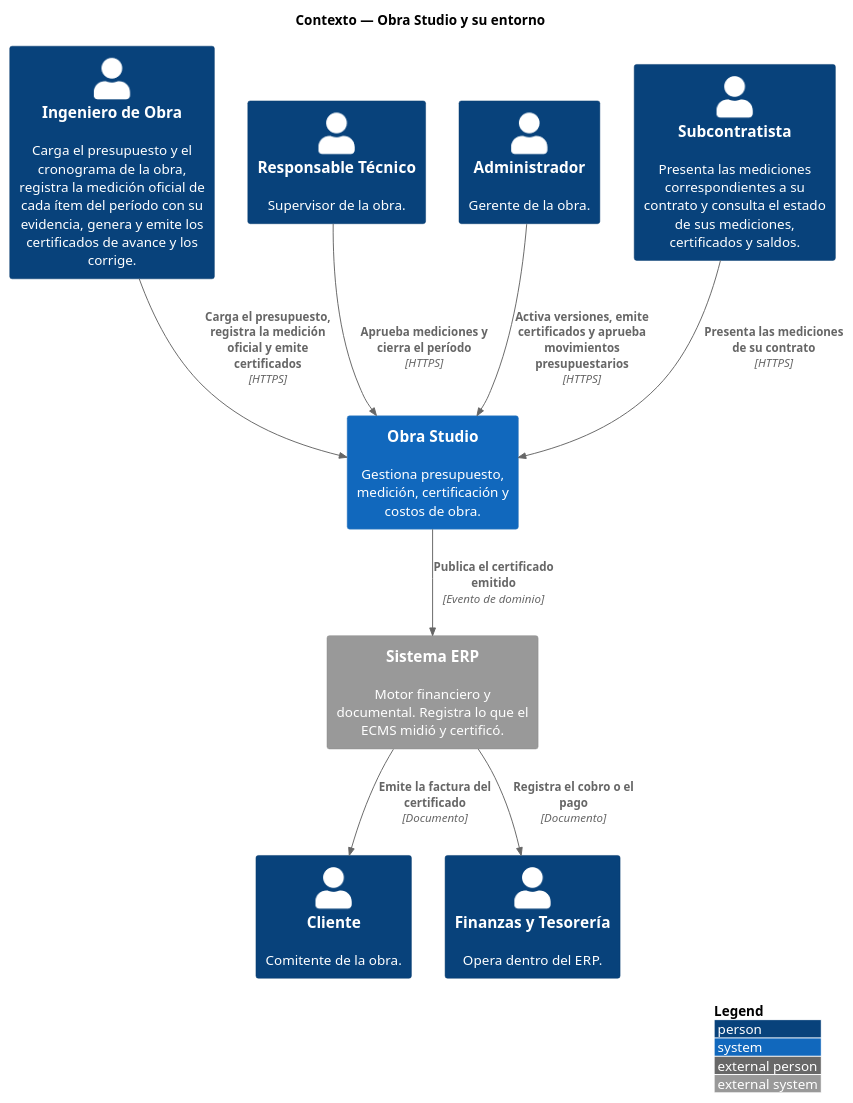
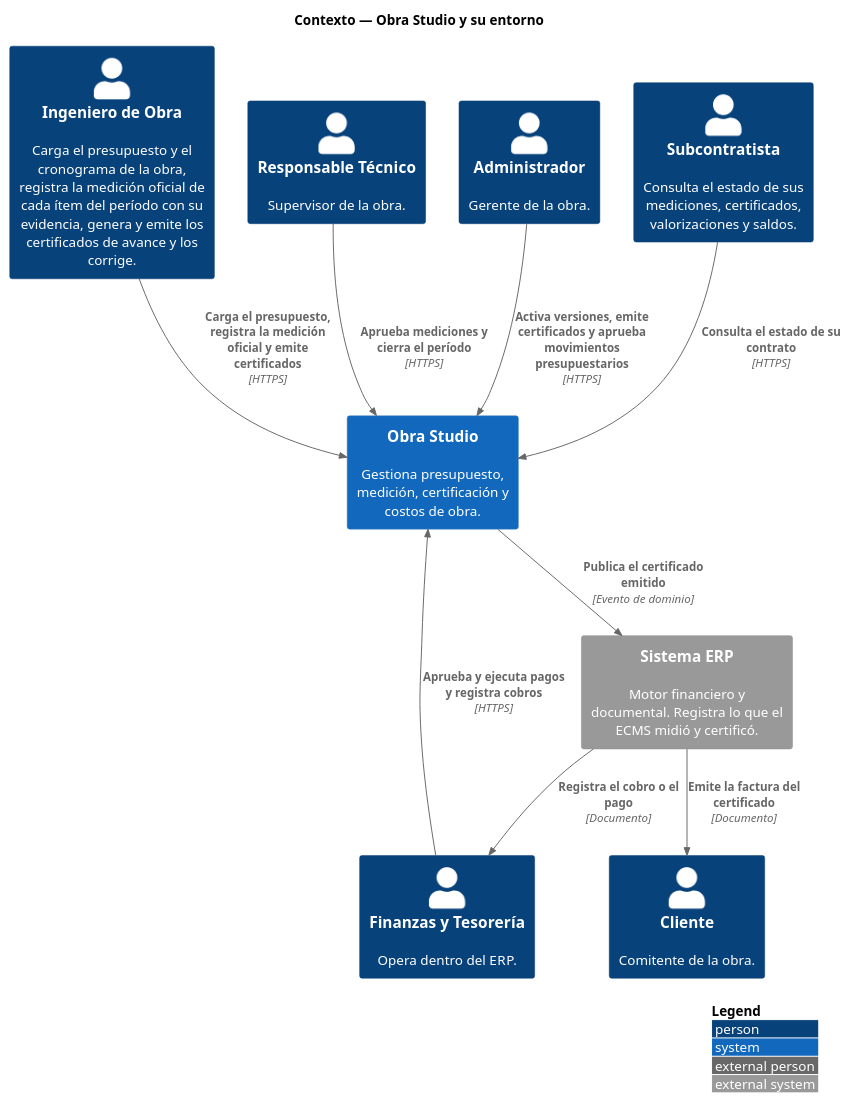
Before and after one commit to Ssrrb/TPF-teoria: the diagram in modelo/c4/C4-Contexto.puml, drawn with PlantUML. The commit also changed 248 other files, not shown here.

```diff
--- a/modelo/c4/C4-Contexto.puml
+++ b/modelo/c4/C4-Contexto.puml
@@ -1,23 +1,24 @@
 @startuml
 !include <C4/C4_Context>
 LAYOUT_WITH_LEGEND()
 title Contexto — Obra Studio y su entorno
 
 Person(ING, "Ingeniero de Obra", "Carga el presupuesto y el cronograma de la obra, registra la medición oficial de cada ítem del período con su evidencia, genera y emite los certificados de avance y los corrige.")
 Person(SUP, "Responsable Técnico", "Supervisor de la obra.")
 Person(ADM, "Administrador", "Gerente de la obra.")
-Person(SUB, "Subcontratista", "Presenta las mediciones correspondientes a su contrato y consulta el estado de sus mediciones, certificados y saldos.")
+Person(SUB, "Subcontratista", "Consulta el estado de sus mediciones, certificados, valorizaciones y saldos.")
 Person(CLI, "Cliente", "Comitente de la obra.")
 Person(TES, "Finanzas y Tesorería", "Opera dentro del ERP.")
 
 System(obra, "Obra Studio", "Gestiona presupuesto, medición, certificación y costos de obra.")
 System_Ext(erp, "Sistema ERP", "Motor financiero y documental. Registra lo que el ECMS midió y certificó.")
 
 Rel(ING, obra, "Carga el presupuesto, registra la medición oficial y emite certificados", "HTTPS")
 Rel(SUP, obra, "Aprueba mediciones y cierra el período", "HTTPS")
 Rel(ADM, obra, "Activa versiones, emite certificados y aprueba movimientos presupuestarios", "HTTPS")
-Rel(SUB, obra, "Presenta las mediciones de su contrato", "HTTPS")
+Rel(SUB, obra, "Consulta el estado de su contrato", "HTTPS")
+Rel(TES, obra, "Aprueba y ejecuta pagos y registra cobros", "HTTPS")
 Rel(obra, erp, "Publica el certificado emitido", "Evento de dominio")
 Rel(erp, CLI, "Emite la factura del certificado", "Documento")
 Rel(erp, TES, "Registra el cobro o el pago", "Documento")
 @enduml
```
